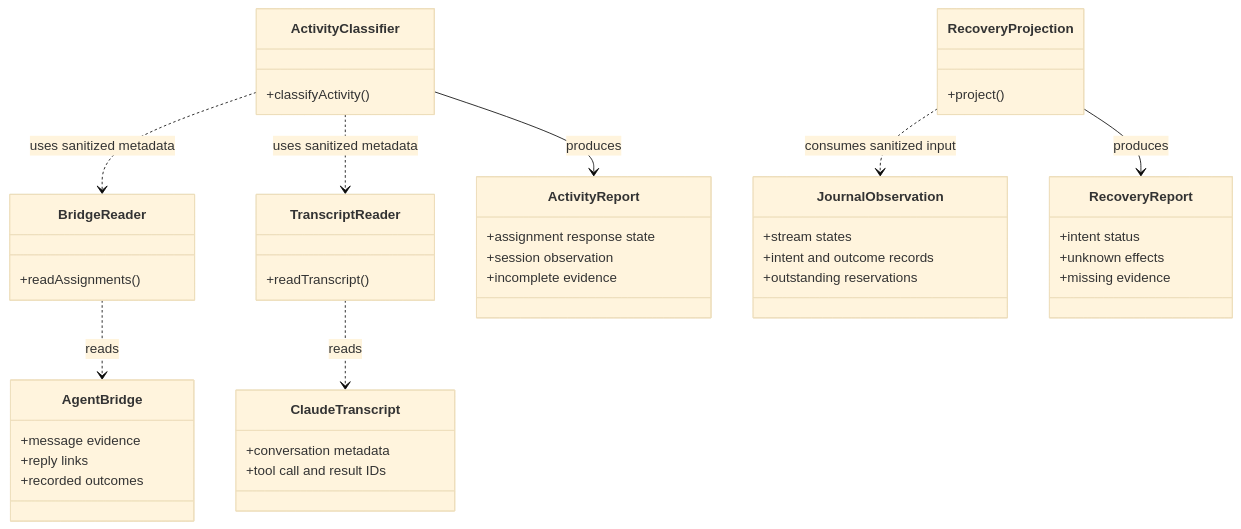
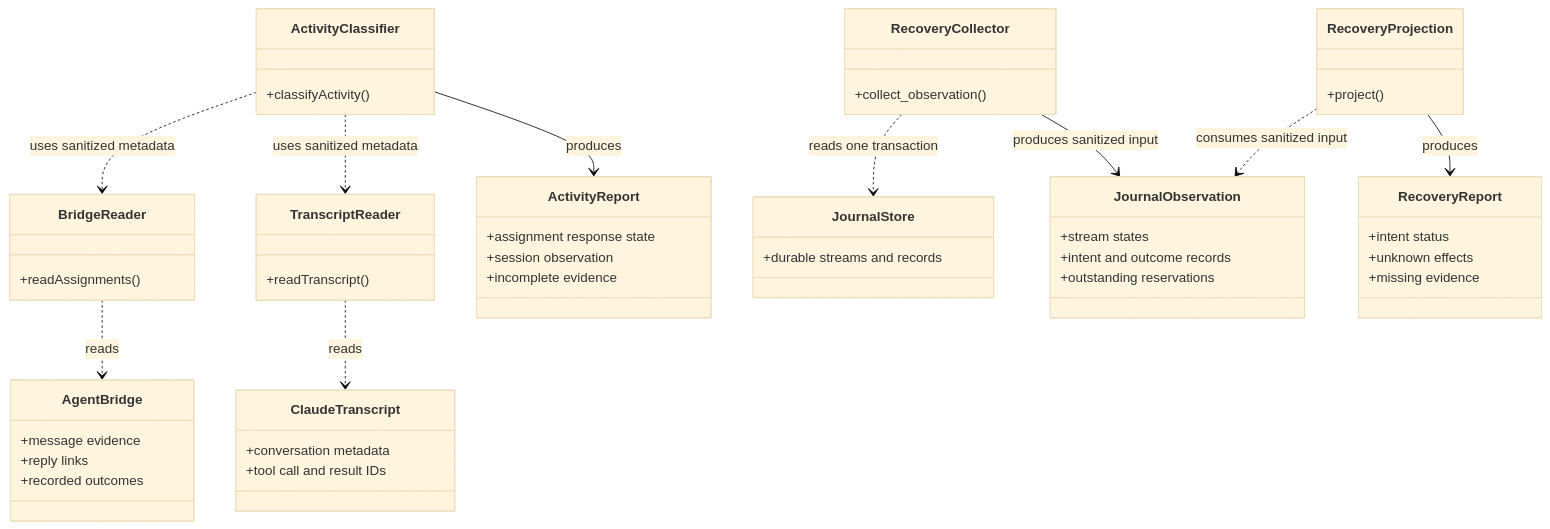
One commit to JMRussas/ChatAgent changed the second of 5 diagrams in docs/development-workflow-uml.md. Above: the diagram before and after it, drawn with Mermaid (base theme). The commit also changed other lines of this file and 1 other file, not shown here.

````diff
--- a/docs/development-workflow-uml.md
+++ b/docs/development-workflow-uml.md
@@ -62,46 +63,54 @@
 ```mermaid
 classDiagram
     class AgentBridge {
         +message evidence
         +reply links
         +recorded outcomes
     }
     class ClaudeTranscript {
         +conversation metadata
         +tool call and result IDs
     }
     class BridgeReader {
         +readAssignments()
     }
     class TranscriptReader {
         +readTranscript()
     }
     class ActivityClassifier {
         +classifyActivity()
     }
     class ActivityReport {
         +assignment response state
         +session observation
         +incomplete evidence
     }
     class JournalObservation {
         +stream states
         +intent and outcome records
         +outstanding reservations
     }
+    class JournalStore {
+        +durable streams and records
+    }
+    class RecoveryCollector {
+        +collect_observation()
+    }
     class RecoveryProjection {
         +project()
     }
     class RecoveryReport {
         +intent status
         +unknown effects
         +missing evidence
     }
     BridgeReader ..> AgentBridge : reads
     TranscriptReader ..> ClaudeTranscript : reads
     ActivityClassifier ..> BridgeReader : uses sanitized metadata
     ActivityClassifier ..> TranscriptReader : uses sanitized metadata
     ActivityClassifier --> ActivityReport : produces
+    RecoveryCollector ..> JournalStore : reads one transaction
+    RecoveryCollector --> JournalObservation : produces sanitized input
     RecoveryProjection ..> JournalObservation : consumes sanitized input
     RecoveryProjection --> RecoveryReport : produces
 ```
````
